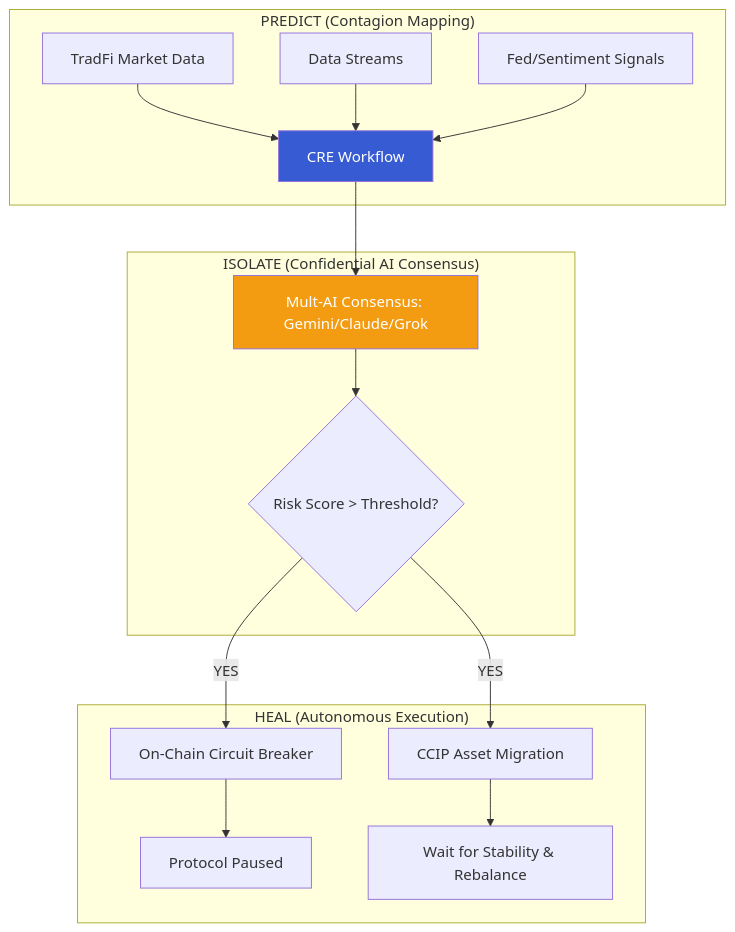
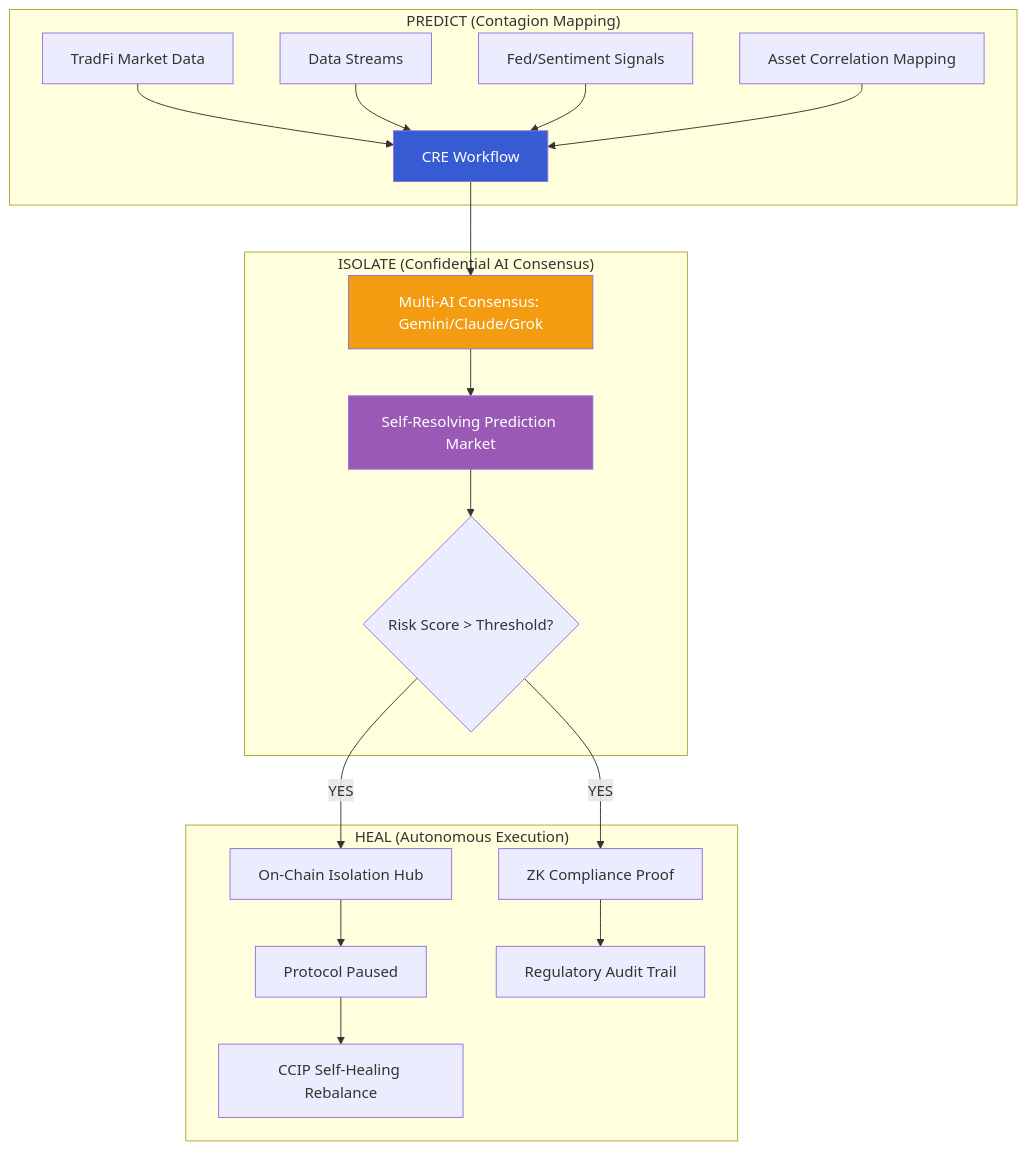
One commit to Aaditya1273/SYNAPSE changed the diagram in README.md. Above: the diagram before and after it, drawn with Mermaid. The commit also changed other lines of this file and 3 other files, not shown here.

````diff
--- a/README.md
+++ b/README.md
@@ -13,23 +13,27 @@
 ```mermaid
 graph TD
     subgraph "PREDICT (Contagion Mapping)"
         API1[TradFi Market Data] --> CRE[CRE Workflow]
         STREAM[Data Streams] --> CRE
         NEWS[Fed/Sentiment Signals] --> CRE
+        MAP[Asset Correlation Mapping] --> CRE
     end
 
     subgraph "ISOLATE (Confidential AI Consensus)"
-        CRE --> AI[Mult-AI Consensus: Gemini/Claude/Grok]
-        AI --> SCORE{Risk Score > Threshold?}
+        CRE --> AI[Multi-AI Consensus: Gemini/Claude/Grok]
+        AI --> VALIDATE[Self-Resolving Prediction Market]
+        VALIDATE --> SCORE{Risk Score > Threshold?}
     end
 
     subgraph "HEAL (Autonomous Execution)"
-        SCORE -- YES --> CB[On-Chain Circuit Breaker]
-        SCORE -- YES --> CCIP[CCIP Asset Migration]
+        SCORE -- YES --> CB[On-Chain Isolation Hub]
+        SCORE -- YES --> ZK[ZK Compliance Proof]
         CB --> SECURE[Protocol Paused]
-        CCIP --> HEAL[Wait for Stability & Rebalance]
+        ZK --> REGISTRY[Regulatory Audit Trail]
+        SECURE --> HEAL[CCIP Self-Healing Rebalance]
     end
 
     style CRE fill:#375bd2,color:#fff
     style AI fill:#f39c12,color:#fff
+    style VALIDATE fill:#9b59b6,color:#fff
 ```
````
